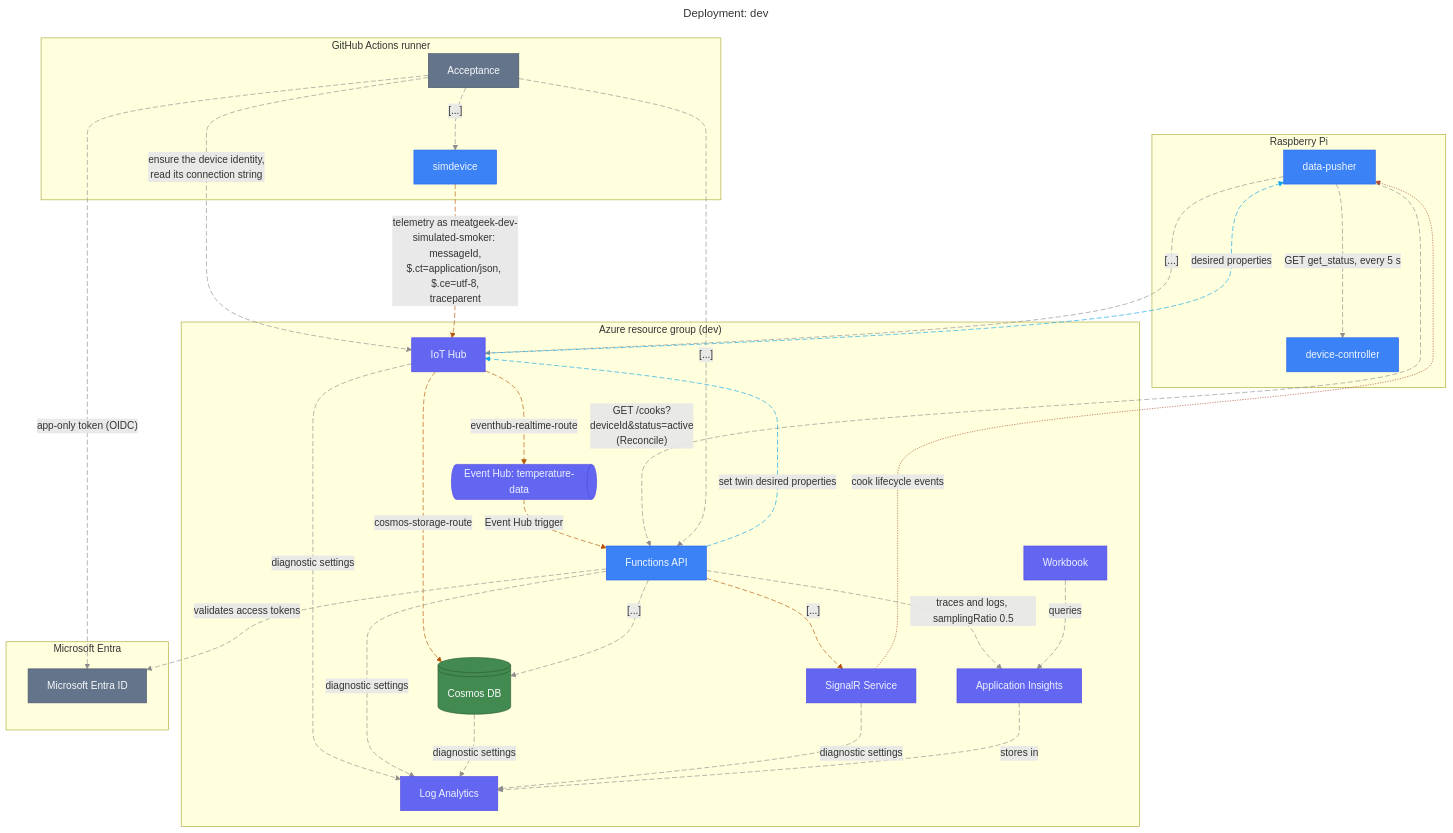
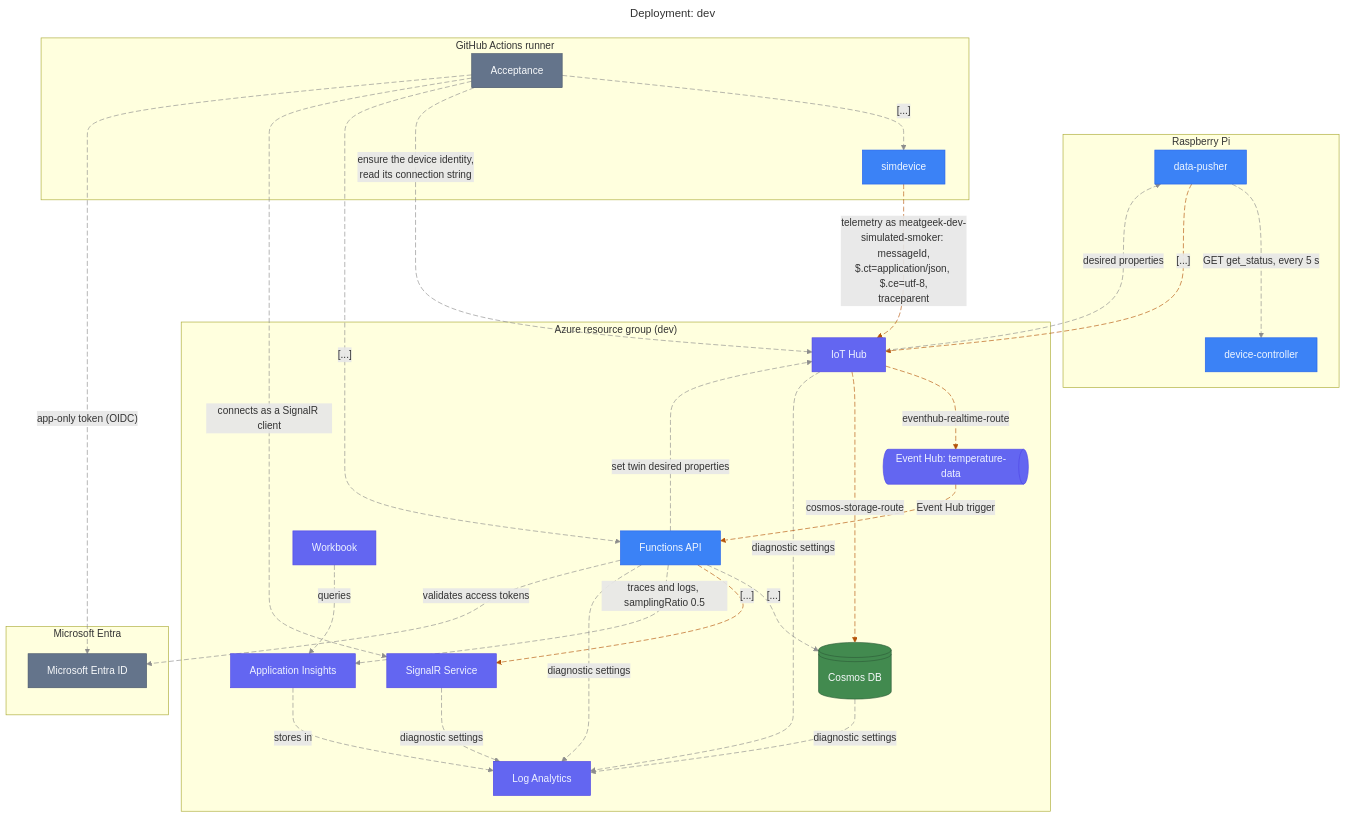
The tenth of 16 diagrams in docs/architecture/diagrams.md (stevebargelt/meatgeekv2), drawn with Mermaid before and after one commit. The commit also changed other lines of this file and 8 other files, not shown here.

First line of the commit message:
docs(architecture): HAR-69 the model shows the device twin and SignalR push as live; ADR for both decisions

````diff
--- a/docs/architecture/diagrams.md
+++ b/docs/architecture/diagrams.md
@@ -776,71 +748,66 @@
 ```mermaid
 ---
 title: "Deployment: dev"
 ---
 graph TB
   subgraph DevPi["`Raspberry Pi`"]
     DevPi.Pusher@{ shape: rectangle, label: "data-pusher" }
     DevPi.Controller@{ shape: rectangle, label: "device-controller" }
   end
   subgraph DevCi["`GitHub Actions runner`"]
     DevCi.Acceptance@{ shape: rectangle, label: "Acceptance" }
     DevCi.Simdevice@{ shape: rectangle, label: "simdevice" }
   end
   subgraph DevRg["`Azure resource group (dev)`"]
     DevRg.Api@{ shape: rectangle, label: "Functions API" }
     DevRg.Workbook@{ shape: rectangle, label: "Workbook" }
     DevRg.Iothub@{ shape: rectangle, label: "IoT Hub" }
     DevRg.Signalr@{ shape: rectangle, label: "SignalR Service" }
     DevRg.Appinsights@{ shape: rectangle, label: "Application Insights" }
     DevRg.Eventhub@{ shape: horizontal-cylinder, label: "Event Hub: temperature-data" }
     DevRg.Cosmos@{ shape: disk, label: "Cosmos DB" }
     DevRg.Logs@{ shape: rectangle, label: "Log Analytics" }
   end
   subgraph DevIdentity["`Microsoft Entra`"]
     DevIdentity.Entra@{ shape: rectangle, label: "Microsoft Entra ID" }
   end
   DevPi.Pusher -. "`GET get_status, every 5 s`" .-> DevPi.Controller
   DevRg.Iothub -. "`eventhub-realtime-route`" .-> DevRg.Eventhub
   DevRg.Iothub -. "`cosmos-storage-route`" .-> DevRg.Cosmos
   DevRg.Iothub -. "`diagnostic settings`" .-> DevRg.Logs
   DevRg.Api -. "`set twin desired properties`" .-> DevRg.Iothub
   DevRg.Eventhub -. "`Event Hub trigger`" .-> DevRg.Api
   DevRg.Api -. "`[...]`" .-> DevRg.Cosmos
   DevRg.Api -. "`[...]`" .-> DevRg.Signalr
   DevRg.Api -. "`traces and logs, samplingRatio 0.5`" .-> DevRg.Appinsights
   DevRg.Api -. "`diagnostic settings`" .-> DevRg.Logs
   DevRg.Cosmos -. "`diagnostic settings`" .-> DevRg.Logs
   DevRg.Signalr -. "`diagnostic settings`" .-> DevRg.Logs
   DevRg.Appinsights -. "`stores in`" .-> DevRg.Logs
   DevRg.Workbook -. "`queries`" .-> DevRg.Appinsights
   DevCi.Acceptance -. "`[...]`" .-> DevCi.Simdevice
   DevPi.Pusher -. "`[...]`" .-> DevRg.Iothub
-  DevPi.Pusher -. "`GET /cooks?
-deviceId&status=active
-(Reconcile)`" .-> DevRg.Api
   DevRg.Iothub -. "`desired properties`" .-> DevPi.Pusher
-  DevRg.Signalr -. "`cook lifecycle events`" .-> DevPi.Pusher
   DevCi.Acceptance -. "`ensure the device identity,
 read its connection string`" .-> DevRg.Iothub
   DevCi.Simdevice -. "`telemetry as meatgeek-dev-
 simulated-smoker: messageId,
 $.ct=application/json, $.ce=utf-8,
 traceparent`" .-> DevRg.Iothub
   DevRg.Api -. "`validates access tokens`" .-> DevIdentity.Entra
   DevCi.Acceptance -. "`[...]`" .-> DevRg.Api
+  DevCi.Acceptance -. "`connects as a SignalR client`" .-> DevRg.Signalr
   DevCi.Acceptance -. "`app-only token (OIDC)`" .-> DevIdentity.Entra
   classDef primary fill:#3b82f6,stroke:#2563eb,color:#eff6ff
   class DevPi.Pusher,DevPi.Controller,DevCi.Simdevice,DevRg.Api primary
   classDef slate fill:#64748b,stroke:#475569,color:#f8fafc
   class DevCi.Acceptance slate
   classDef indigo fill:#6366f1,stroke:#4f46e5,color:#eef2ff
   class DevRg.Workbook,DevRg.Iothub,DevRg.Signalr,DevRg.Appinsights,DevRg.Eventhub,DevRg.Logs indigo
   classDef green fill:#428a4f,stroke:#2d5d39,color:#f8fafc
   class DevRg.Cosmos green
   classDef muted fill:#64748b,stroke:#475569,color:#f8fafc
   class DevIdentity.Entra muted
-  linkStyle 0,3,6,8,9,10,11,12,13,14,15,16,19,21,22,23 stroke:#8D8D8D,stroke-dasharray:8 4
-  linkStyle 1,2,5,7,20 stroke:#b45309,stroke-dasharray:8 4
-  linkStyle 4,17 stroke:#0ea5e9,stroke-dasharray:8 4
-  linkStyle 18 stroke:#AC4D39
+  linkStyle 0,3,4,6,8,9,10,11,12,13,14,16,17,19,20,21,22 stroke:#8D8D8D,stroke-dasharray:8 4
+  linkStyle 1,2,5,7,15,18 stroke:#b45309,stroke-dasharray:8 4
 ```
````
